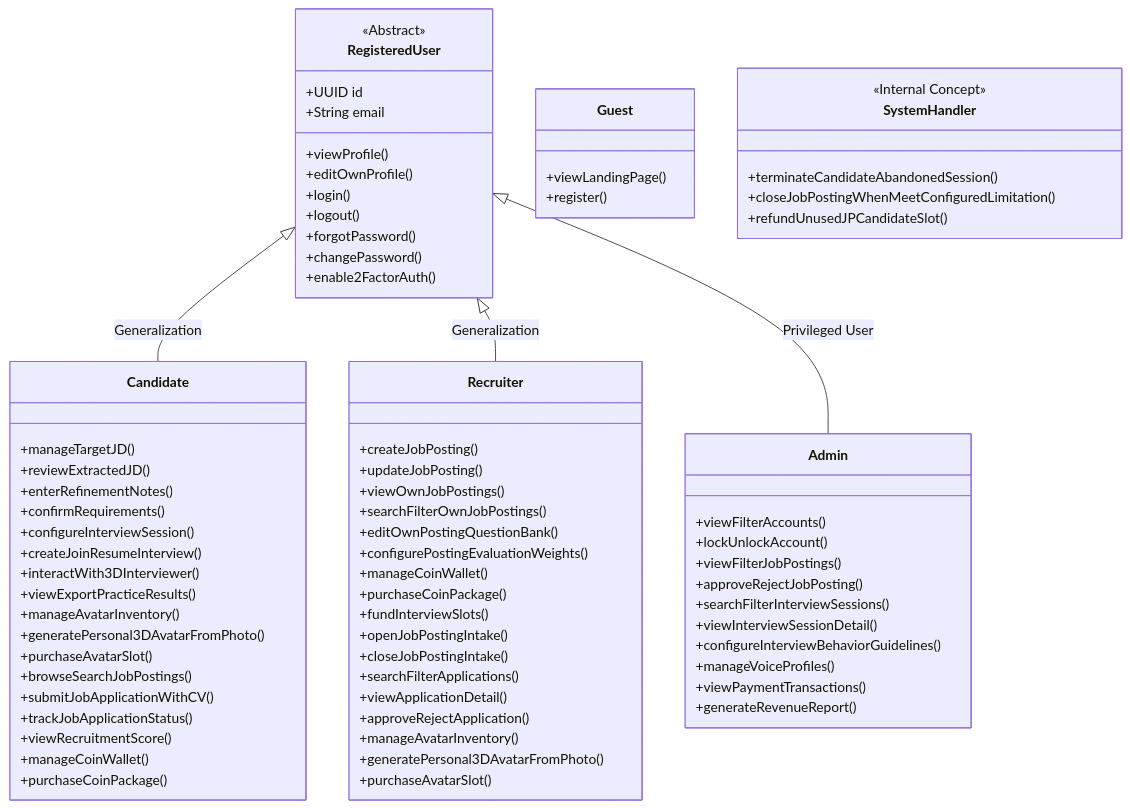
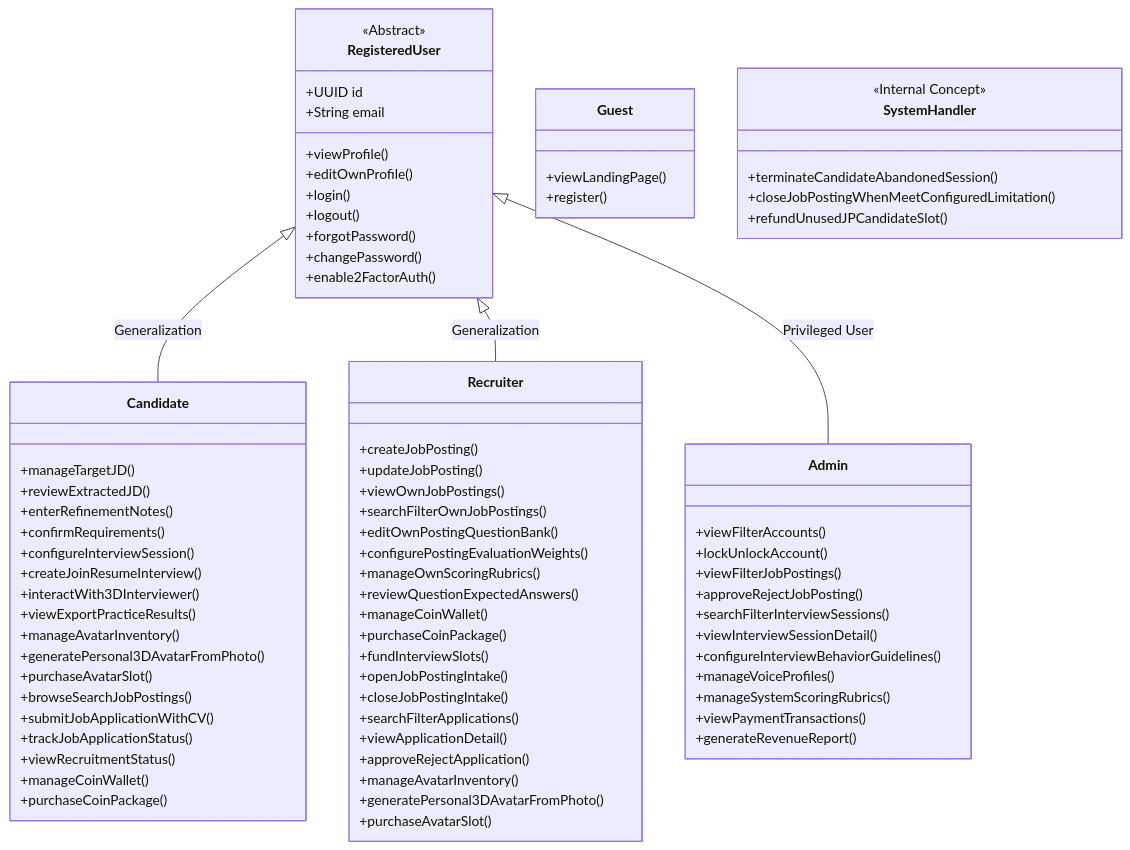
The diagram in 00_Project/Actors-and-Capabilities.md (cog-forge/role-cue-brain), drawn with Mermaid before and after one commit. The commit also changed other lines of this file and 14 other files, not shown here.

First line of the commit message:
docs: specify reusable rubrics and metric-based interview scoring

```diff
--- a/00_Project/Actors-and-Capabilities.md
+++ b/00_Project/Actors-and-Capabilities.md
@@ -58,7 +58,7 @@
         +browseSearchJobPostings()
         +submitJobApplicationWithCV()
         +trackJobApplicationStatus()
-        +viewRecruitmentScore()
+        +viewRecruitmentStatus()
         +manageCoinWallet()
         +purchaseCoinPackage()
     }
@@ -70,6 +70,8 @@
         +searchFilterOwnJobPostings()
         +editOwnPostingQuestionBank()
         +configurePostingEvaluationWeights()
+        +manageOwnScoringRubrics()
+        +reviewQuestionExpectedAnswers()
         +manageCoinWallet()
         +purchaseCoinPackage()
         +fundInterviewSlots()
@@ -92,6 +94,7 @@
         +viewInterviewSessionDetail()
         +configureInterviewBehaviorGuidelines()
         +manageVoiceProfiles()
+        +manageSystemScoringRubrics()
         +viewPaymentTransactions()
         +generateRevenueReport()
     }
```
